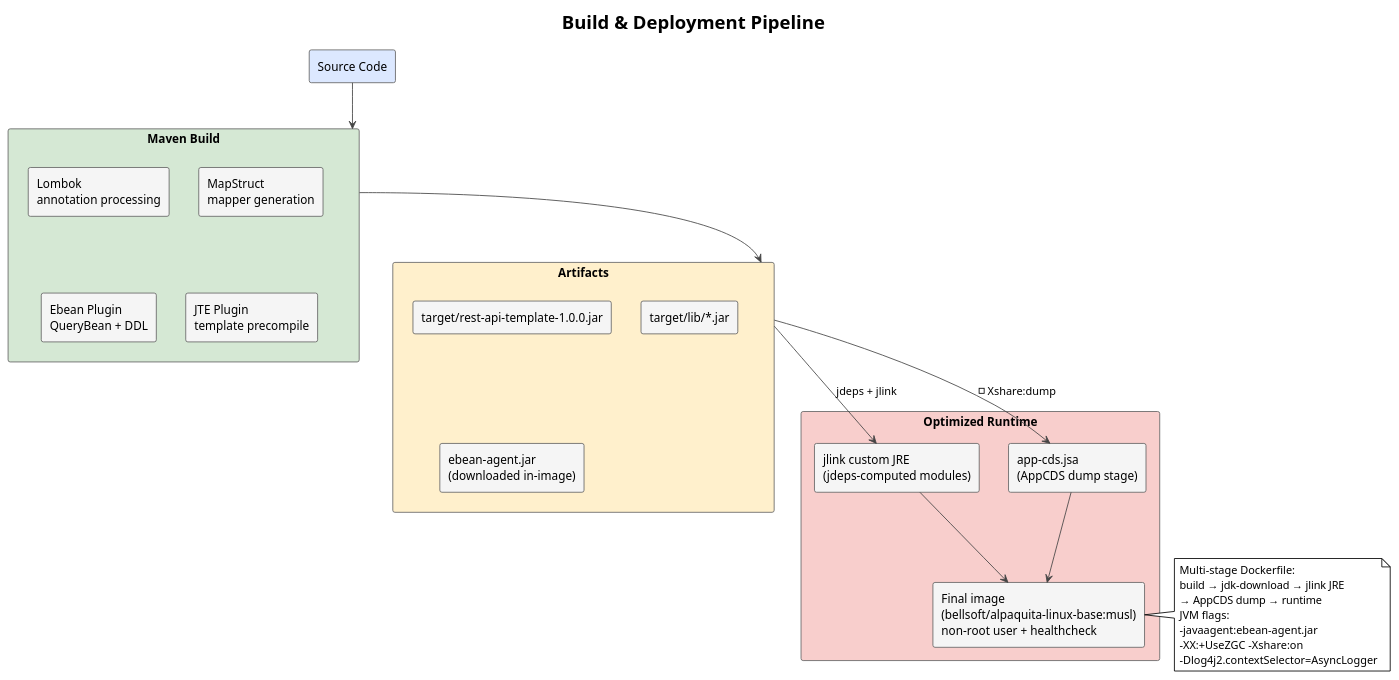
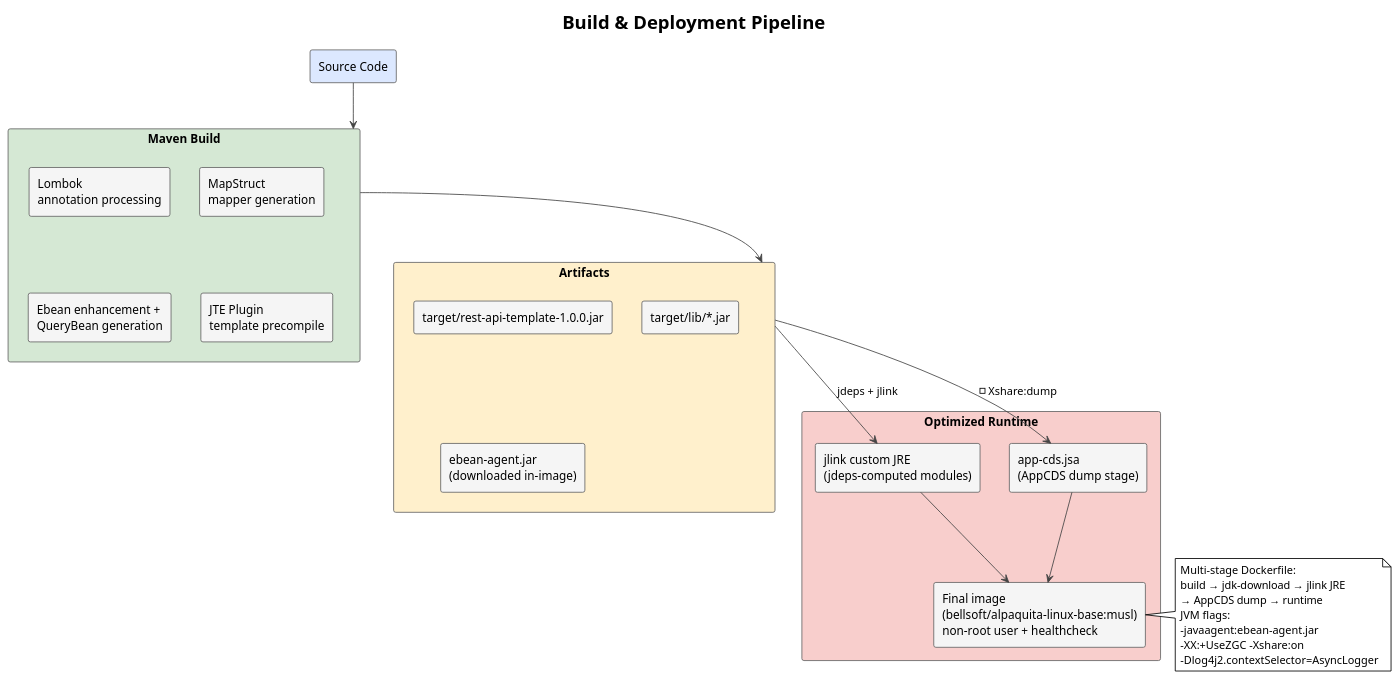
The eighth of 8 diagrams in docs/architecture.md (batzorigt/rest-api-template), drawn with PlantUML before and after one commit. The commit also changed other lines of this file and 73 other files, not shown here.

````diff
--- a/docs/architecture.md
+++ b/docs/architecture.md
@@ -597,51 +596,51 @@
 ```plantuml
 @startuml Build
 !theme plain
 title Build & Deployment Pipeline
 
 skinparam rectangle {
   BorderColor #666666
   BackgroundColor #f5f5f5
 }
 skinparam ArrowColor #444444
 
 rectangle "Source Code" as src #dce8ff
 
 rectangle "Maven Build" as maven #d5e8d4 {
   rectangle "Lombok\nannotation processing" as lombok
   rectangle "MapStruct\nmapper generation" as mapstruct
-  rectangle "Ebean Plugin\nQueryBean + DDL" as ebean
+  rectangle "Ebean enhancement +\nQueryBean generation" as ebean
   rectangle "JTE Plugin\ntemplate precompile" as jte
 }
 
 rectangle "Artifacts" as artifacts #fff0cc {
   rectangle "target/rest-api-template-1.0.0.jar" as jar
   rectangle "target/lib/*.jar" as libs
   rectangle "ebean-agent.jar\n(downloaded in-image)" as agent
 }
 
 rectangle "Optimized Runtime" as deploy #f8cecc {
   rectangle "jlink custom JRE\n(jdeps-computed modules)" as jre
   rectangle "app-cds.jsa\n(AppCDS dump stage)" as cds
   rectangle "Final image\n(bellsoft/alpaquita-linux-base:musl)\nnon-root user + healthcheck" as docker
 }
 
 src --> maven
 maven --> artifacts
 artifacts --> jre : "jdeps + jlink"
 artifacts --> cds : "-Xshare:dump"
 jre --> docker
 cds --> docker
 
 note right of docker
   Multi-stage Dockerfile:
   build → jdk-download → jlink JRE
   → AppCDS dump → runtime
   JVM flags:
   -javaagent:ebean-agent.jar
   -XX:+UseZGC -Xshare:on
   -Dlog4j2.contextSelector=AsyncLogger
 end note
 
 @enduml
 ```
````
